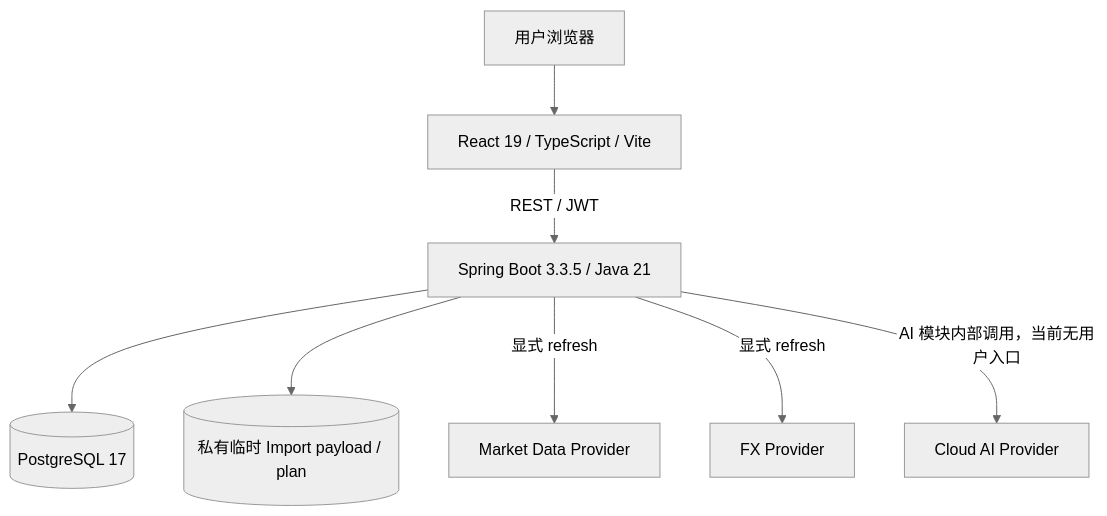
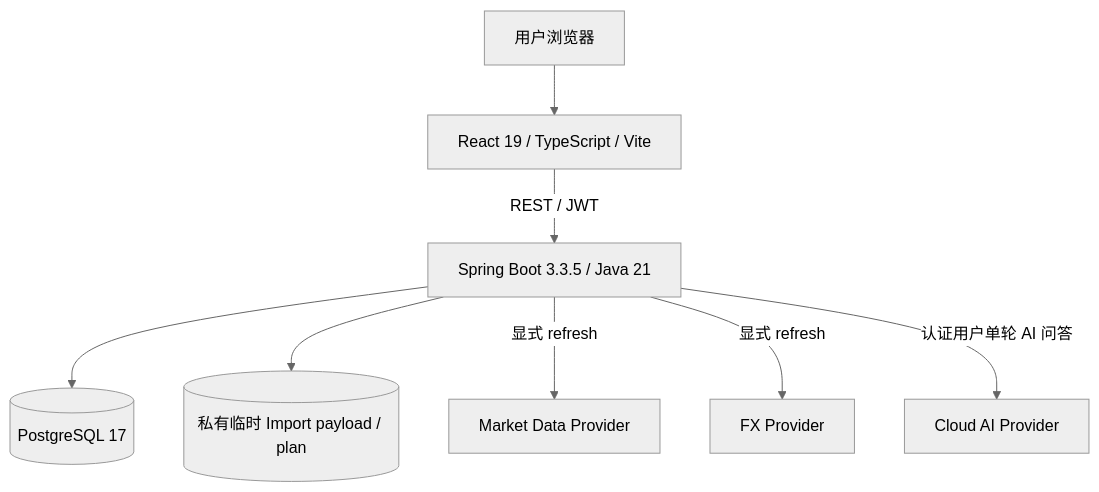
One commit to qianlixunbai/Personal-Finance-OS changed the first of 2 diagrams in docs/architecture/current-architecture.md. Above: the diagram before and after it, drawn with Mermaid (neutral theme). The commit also changed other lines of this file and 18 other files, not shown here.

````diff
--- a/docs/architecture/current-architecture.md
+++ b/docs/architecture/current-architecture.md
@@ -9,19 +9,19 @@
 ```mermaid
 flowchart TB
     USER[用户浏览器]
     FE[React 19 / TypeScript / Vite]
     API[Spring Boot 3.3.5 / Java 21]
     DB[(PostgreSQL 17)]
     FILES[(私有临时 Import payload / plan)]
     MARKET[Market Data Provider]
     FX[FX Provider]
     AI[Cloud AI Provider]
 
     USER --> FE
     FE -->|REST / JWT| API
     API --> DB
     API --> FILES
     API -->|显式 refresh| MARKET
     API -->|显式 refresh| FX
-    API -->|AI 模块内部调用，当前无用户入口| AI
+    API -->|认证用户单轮 AI 问答| AI
 ```
````
